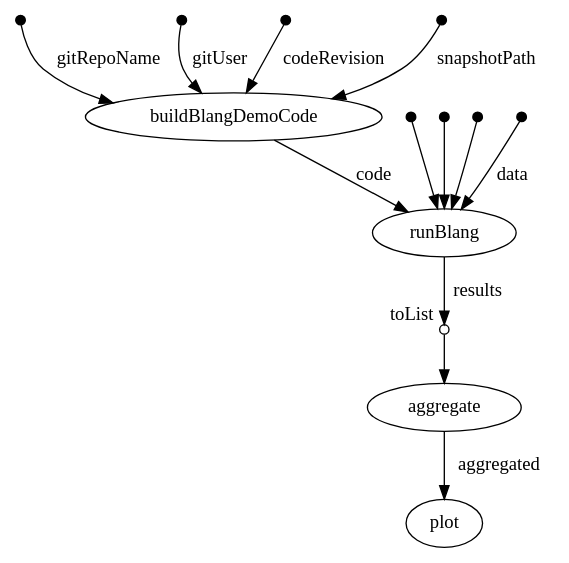
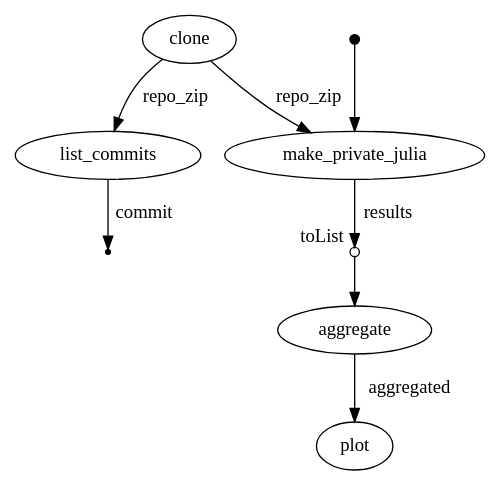
One commit to Julia-Tempering/nextflow-pigeons changed the diagram in dag.dot. Above: the diagram before and after it, drawn with Graphviz. The commit also changed 28 other files, not shown here.

```diff
--- a/dag.dot
+++ b/dag.dot
@@ -1,50 +1,30 @@
 digraph "dag" {
-p0 [shape=point,label="",fixedsize=true,width=0.1];
-p4 [label="buildBlangDemoCode"];
-p0 -> p4 [label="gitRepoName"];
+p0 [label="clone"];
+p1 [label="list_commits"];
+p0 -> p1 [label="repo_zip"];
 
-p1 [shape=point,label="",fixedsize=true,width=0.1];
-p4 [label="buildBlangDemoCode"];
-p1 -> p4 [label="gitUser"];
+p1 [label="list_commits"];
+p2 [shape=point];
+p1 -> p2 [label="commit"];
 
-p2 [shape=point,label="",fixedsize=true,width=0.1];
-p4 [label="buildBlangDemoCode"];
-p2 -> p4 [label="codeRevision"];
+p0 [label="clone"];
+p4 [label="make_private_julia"];
+p0 -> p4 [label="repo_zip"];
 
 p3 [shape=point,label="",fixedsize=true,width=0.1];
-p4 [label="buildBlangDemoCode"];
-p3 -> p4 [label="snapshotPath"];
+p4 [label="make_private_julia"];
+p3 -> p4;
 
-p4 [label="buildBlangDemoCode"];
-p9 [label="runBlang"];
-p4 -> p9 [label="code"];
+p4 [label="make_private_julia"];
+p5 [shape=circle,label="",fixedsize=true,width=0.1,xlabel="toList"];
+p4 -> p5 [label="results"];
 
-p5 [shape=point,label="",fixedsize=true,width=0.1];
-p9 [label="runBlang"];
-p5 -> p9;
+p5 [shape=circle,label="",fixedsize=true,width=0.1,xlabel="toList"];
+p6 [label="aggregate"];
+p5 -> p6;
 
-p6 [shape=point,label="",fixedsize=true,width=0.1];
-p9 [label="runBlang"];
-p6 -> p9;
-
-p7 [shape=point,label="",fixedsize=true,width=0.1];
-p9 [label="runBlang"];
-p7 -> p9;
-
-p8 [shape=point,label="",fixedsize=true,width=0.1];
-p9 [label="runBlang"];
-p8 -> p9 [label="data"];
-
-p9 [label="runBlang"];
-p10 [shape=circle,label="",fixedsize=true,width=0.1,xlabel="toList"];
-p9 -> p10 [label="results"];
-
-p10 [shape=circle,label="",fixedsize=true,width=0.1,xlabel="toList"];
-p11 [label="aggregate"];
-p10 -> p11;
-
-p11 [label="aggregate"];
-p12 [label="plot"];
-p11 -> p12 [label="aggregated"];
+p6 [label="aggregate"];
+p7 [label="plot"];
+p6 -> p7 [label="aggregated"];
 
 }
```
